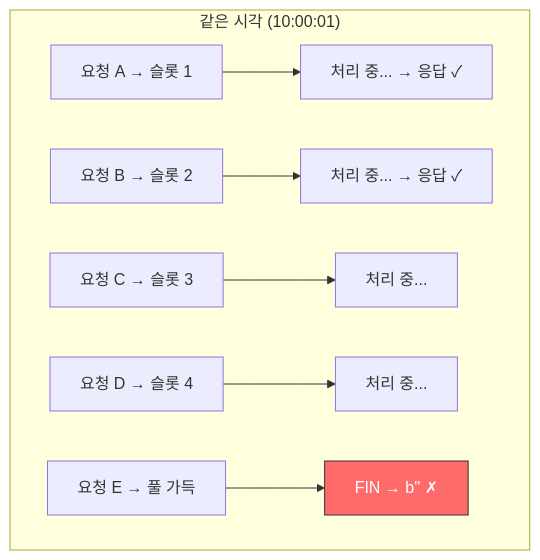
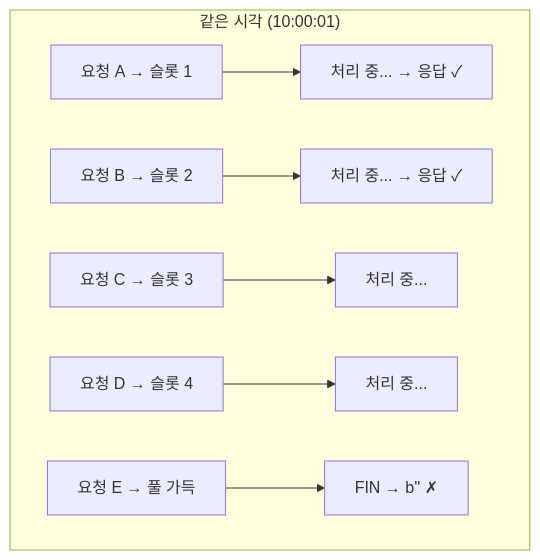
One commit to Gyubster/til changed the fifth of 6 diagrams in _posts/2025-10-22-python-소켓-recv-디버깅-빈-바이트-헤더의-원인-분석.md. Above: the diagram before and after it, drawn with Mermaid. The commit also changed other lines of this file and 13 other files, not shown here.

Commit message:
Mermaid 렌더링 수정: subgraph style 명령 제거

````diff
--- a/_posts/2025-10-22-python-소켓-recv-디버깅-빈-바이트-헤더의-원인-분석.md
+++ b/_posts/2025-10-22-python-소켓-recv-디버깅-빈-바이트-헤더의-원인-분석.md
@@ -149,11 +147,10 @@
 ```mermaid
 flowchart TD
     subgraph time["같은 시각 (10:00:01)"]
         A["요청 A → 슬롯 1"] --> A1["처리 중... → 응답 ✓"]
         B["요청 B → 슬롯 2"] --> B1["처리 중... → 응답 ✓"]
         C["요청 C → 슬롯 3"] --> C1["처리 중..."]
         D["요청 D → 슬롯 4"] --> D1["처리 중..."]
         E["요청 E → 풀 가득"] --> E1["FIN → b'' ✗"]
     end
-    style E1 fill:#ff6b6b,stroke:#333,color:#fff
 ```
````
